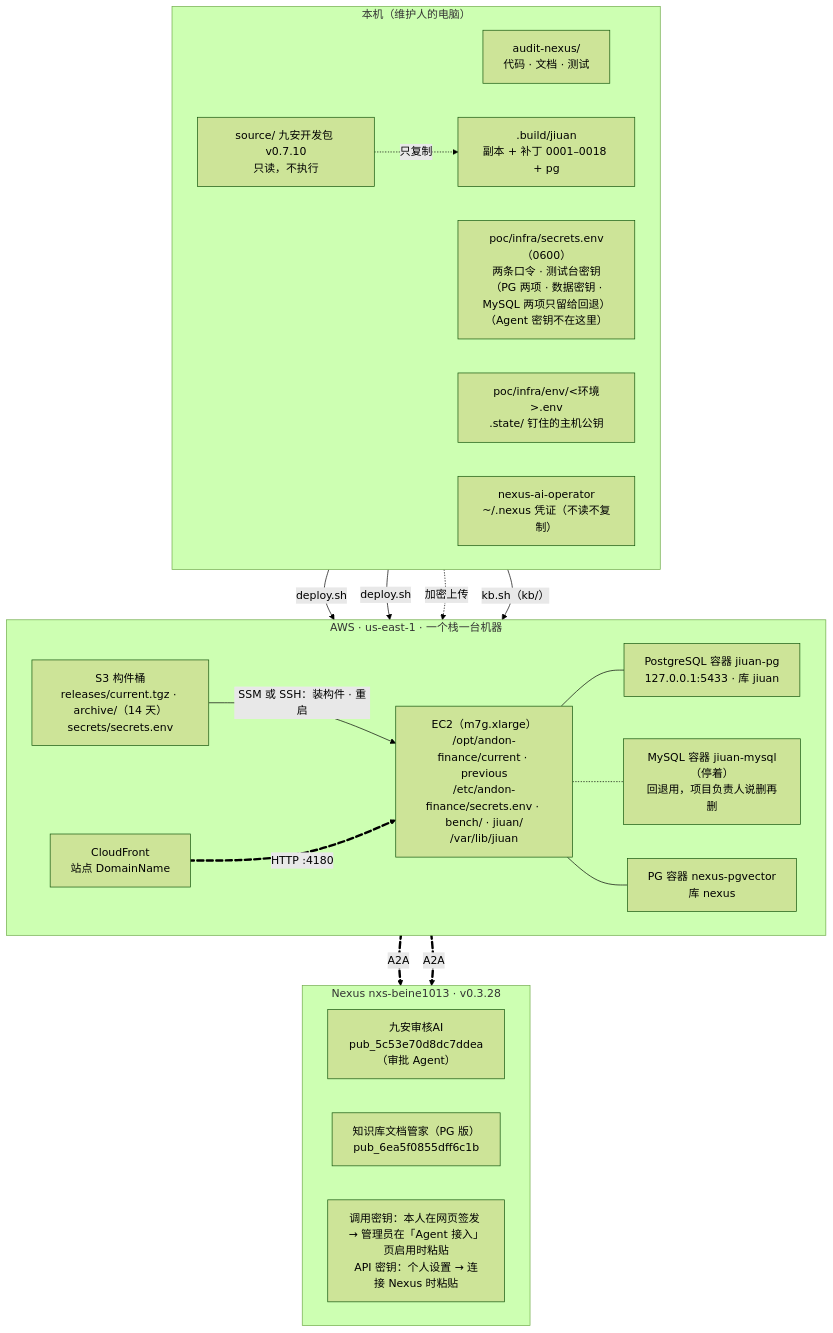
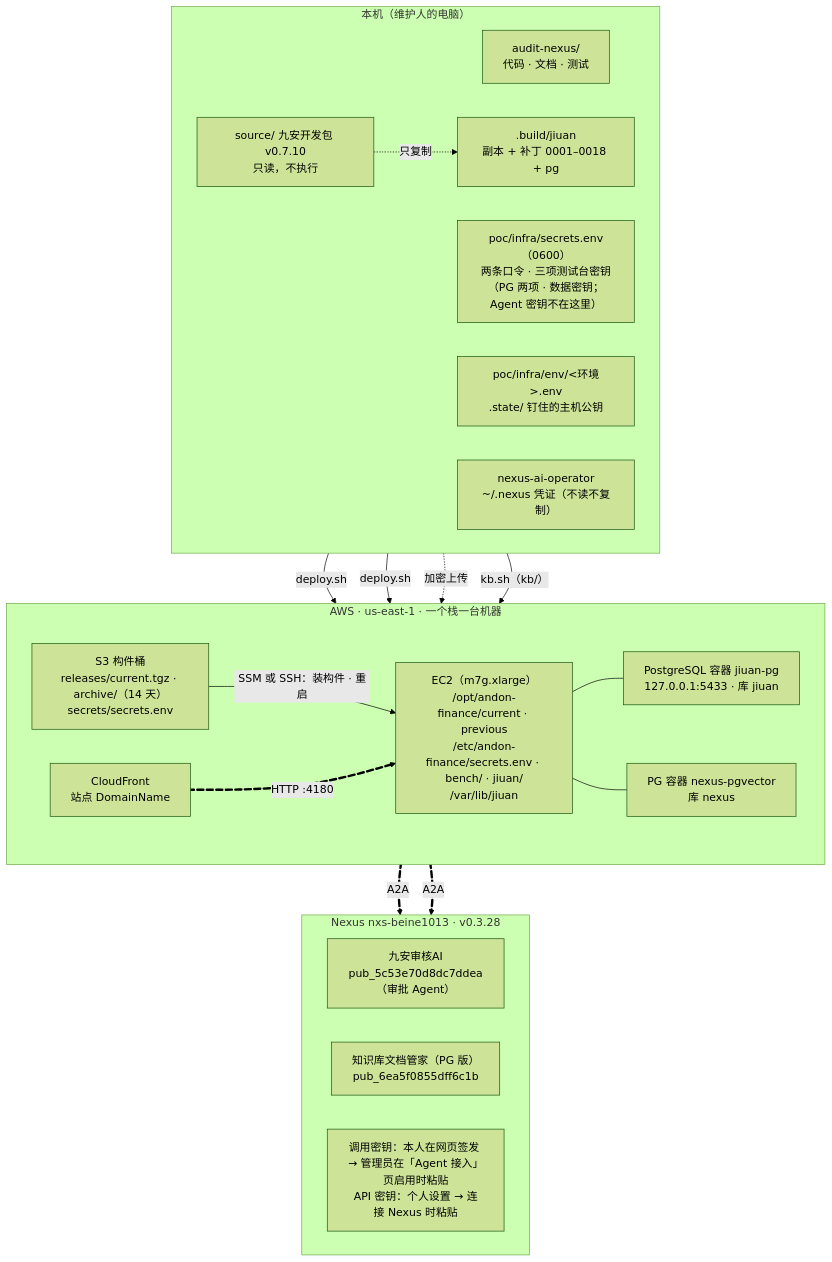
One commit to LiboMa/nexus-jiuan-agent-framework-poc changed the diagram in docs/assets/diagrams/handover-assets.mmd. Above: the diagram before and after it, drawn with Mermaid (forest theme). The commit also changed 21 other files, not shown here.

```diff
--- a/docs/assets/diagrams/handover-assets.mmd
+++ b/docs/assets/diagrams/handover-assets.mmd
@@ -1,45 +1,42 @@
 flowchart TB
   subgraph laptop["本机（维护人的电脑）"]
     direction LR
     repo["audit-nexus/<br/>代码 · 文档 · 测试"]
-    secrets["poc/infra/secrets.env（0600）<br/>两条口令 · 测试台密钥（PG 两项 · 数据密钥 ·<br/>MySQL 两项只留给回退）<br/>（Agent 密钥不在这里）"]
+    secrets["poc/infra/secrets.env（0600）<br/>两条口令 · 三项测试台密钥<br/>（PG 两项 · 数据密钥；Agent 密钥不在这里）"]
     envs["poc/infra/env/&lt;环境&gt;.env<br/>.state/ 钉住的主机公钥"]
     operator["nexus-ai-operator<br/>~/.nexus 凭证（不读不复制）"]
     source["source/ 九安开发包 v0.7.10<br/>只读，不执行"]
     build[".build/jiuan<br/>副本 + 补丁 0001–0018 + pg"]
   end
   subgraph aws["AWS · us-east-1 · 一个栈一台机器"]
     direction LR
     s3["S3 构件桶<br/>releases/current.tgz · archive/（14 天）<br/>secrets/secrets.env"]
     ec2["EC2（m7g.xlarge）<br/>/opt/andon-finance/current · previous<br/>/etc/andon-finance/secrets.env · bench/ · jiuan/<br/>/var/lib/jiuan"]
     db["PostgreSQL 容器 jiuan-pg<br/>127.0.0.1:5433 · 库 jiuan"]
-    olddb["MySQL 容器 jiuan-mysql（停着）<br/>回退用，项目负责人说删再删"]
     pg["PG 容器 nexus-pgvector<br/>库 nexus"]
     cf["CloudFront<br/>站点 DomainName"]
   end
   subgraph nx["Nexus nxs-beine1013 · v0.3.28"]
     direction LR
     adv["九安审核AI<br/>pub_5c53e70d8dc7ddea（审批 Agent）"]
     kb["知识库文档管家（PG 版）<br/>pub_6ea5f0855dff6c1b"]
     keys["调用密钥：本人在网页签发 → 管理员在「Agent 接入」页启用时粘贴<br/>API 密钥：个人设置 → 连接 Nexus 时粘贴"]
   end
   source -. 只复制 .-> build
   build -- deploy.sh --> s3
   repo -- deploy.sh --> s3
   secrets -. 加密上传 .-> s3
   s3 -- "SSM 或 SSH：装构件 · 重启" --> ec2
   repo -- "kb.sh（kb/）" --> pg
   ec2 --- db
-  ec2 -.- olddb
   ec2 --- pg
   cf e1@== "HTTP :4180" ==> ec2
   ec2 e2@== A2A ==> adv
   ec2 e3@== A2A ==> kb
   e1@{ animate: true }
   e2@{ animate: true }
   e3@{ animate: true }
   class repo,operator,envs,s3,ec2,cf,build,pg poc
   class secrets risk
   class source,db jiuan
-  class olddb pocOnly
   class adv,kb,keys nexus
```
